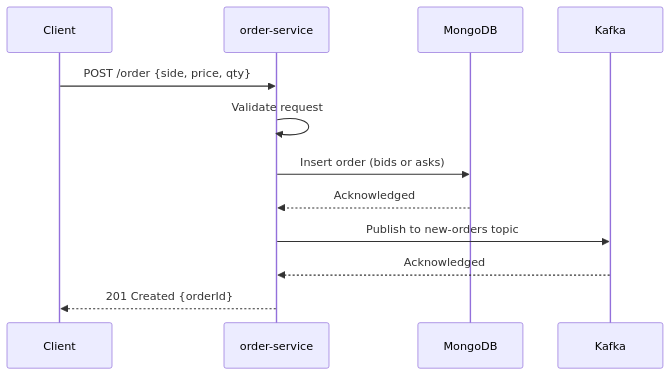
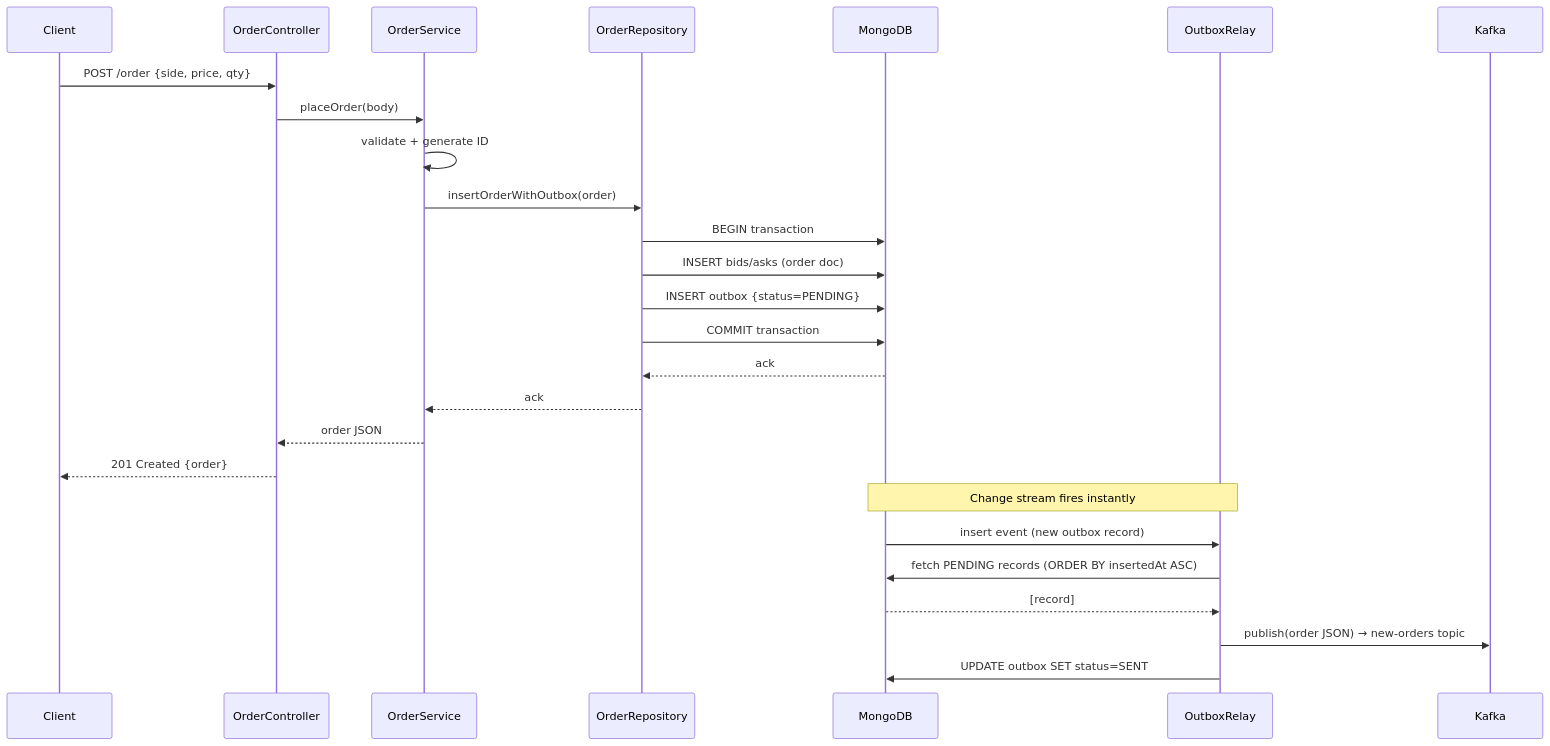
The diagram in docs/HLD-LLD.md (Sashwat1417/Order-Book), drawn with Mermaid before and after one commit. The commit also changed other lines of this file and 5 other files, not shown here.

````diff
--- a/docs/HLD-LLD.md
+++ b/docs/HLD-LLD.md
@@ -70,15 +179,30 @@
 ```mermaid
 sequenceDiagram
     participant Client
-    participant API as order-service
+    participant OrderController
+    participant OrderService
+    participant OrderRepository
     participant MongoDB
+    participant OutboxRelay
     participant Kafka
 
-    Client->>API: POST /order {side, price, qty}
-    API->>API: Validate request
-    API->>MongoDB: Insert order (bids or asks)
-    MongoDB-->>API: Acknowledged
-    API->>Kafka: Publish to new-orders topic
-    Kafka-->>API: Acknowledged
-    API-->>Client: 201 Created {orderId}
+    Client->>OrderController: POST /order {side, price, qty}
+    OrderController->>OrderService: placeOrder(body)
+    OrderService->>OrderService: validate + generate ID
+    OrderService->>OrderRepository: insertOrderWithOutbox(order)
+    OrderRepository->>MongoDB: BEGIN transaction
+    OrderRepository->>MongoDB: INSERT bids/asks (order doc)
+    OrderRepository->>MongoDB: INSERT outbox {status=PENDING}
+    OrderRepository->>MongoDB: COMMIT transaction
+    MongoDB-->>OrderRepository: ack
+    OrderRepository-->>OrderService: ack
+    OrderService-->>OrderController: order JSON
+    OrderController-->>Client: 201 Created {order}
+
+    Note over MongoDB,OutboxRelay: Change stream fires instantly
+    MongoDB->>OutboxRelay: insert event (new outbox record)
+    OutboxRelay->>MongoDB: fetch PENDING records (ORDER BY insertedAt ASC)
+    MongoDB-->>OutboxRelay: [record]
+    OutboxRelay->>Kafka: publish(order JSON) → new-orders topic
+    OutboxRelay->>MongoDB: UPDATE outbox SET status=SENT
 ```
````
